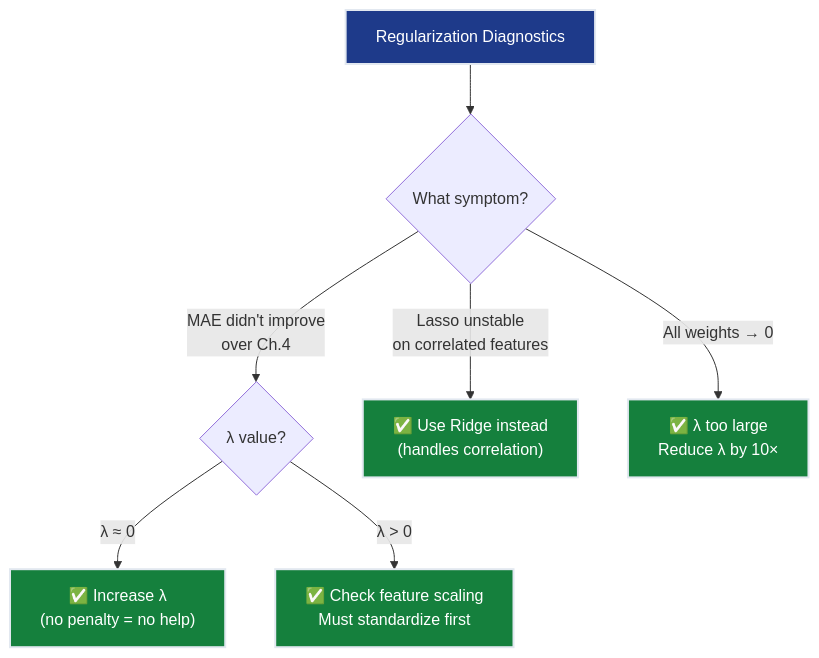
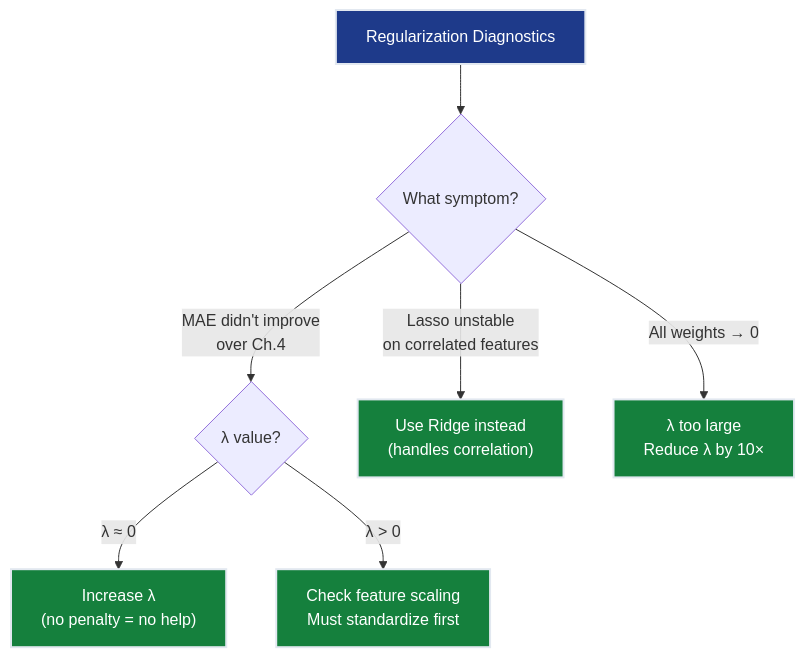
Before and after one commit to dsgouda7/ai-portfolio: the third of 4 diagrams in notes/01-ml/01-regression/ch05_regularization/README.md, drawn with Mermaid. The commit also changed other lines of this file and 179 other files, not shown here.

````diff
--- a/notes/01-ml/01-regression/ch05_regularization/README.md
+++ b/notes/01-ml/01-regression/ch05_regularization/README.md
@@ -420,17 +419,17 @@
 ```mermaid
 flowchart TD
-    DIAG["Regularization Diagnostics"] --> Q{"What symptom?"}
-    
-    Q -->|"MAE didn't improve<br/>over Ch.4"| Q1{"λ value?"}
-    Q -->|"Lasso unstable<br/>on correlated features"| FIX2["✅ Use Ridge instead<br/>(handles correlation)"]
-    Q -->|"All weights → 0"| FIX3["✅ λ too large<br/>Reduce λ by 10×"]
-    
-    Q1 -->|"λ ≈ 0"| FIX4["✅ Increase λ<br/>(no penalty = no help)"]
-    Q1 -->|"λ > 0"| FIX5["✅ Check feature scaling<br/>Must standardize first"]
-    
-    style DIAG fill:#1e3a8a,stroke:#e2e8f0,stroke-width:2px,color:#ffffff
-    style FIX2 fill:#15803d,stroke:#e2e8f0,stroke-width:2px,color:#ffffff
-    style FIX3 fill:#15803d,stroke:#e2e8f0,stroke-width:2px,color:#ffffff
-    style FIX4 fill:#15803d,stroke:#e2e8f0,stroke-width:2px,color:#ffffff
-    style FIX5 fill:#15803d,stroke:#e2e8f0,stroke-width:2px,color:#ffffff
+ DIAG["Regularization Diagnostics"] --> Q{"What symptom?"}
+
+ Q -->|"MAE didn't improve<br/>over Ch.4"| Q1{"λ value?"}
+ Q -->|"Lasso unstable<br/>on correlated features"| FIX2[" Use Ridge instead<br/>(handles correlation)"]
+ Q -->|"All weights → 0"| FIX3[" λ too large<br/>Reduce λ by 10×"]
+
+ Q1 -->|"λ ≈ 0"| FIX4[" Increase λ<br/>(no penalty = no help)"]
+ Q1 -->|"λ > 0"| FIX5[" Check feature scaling<br/>Must standardize first"]
+
+ style DIAG fill:#1e3a8a,stroke:#e2e8f0,stroke-width:2px,color:#ffffff
+ style FIX2 fill:#15803d,stroke:#e2e8f0,stroke-width:2px,color:#ffffff
+ style FIX3 fill:#15803d,stroke:#e2e8f0,stroke-width:2px,color:#ffffff
+ style FIX4 fill:#15803d,stroke:#e2e8f0,stroke-width:2px,color:#ffffff
+ style FIX5 fill:#15803d,stroke:#e2e8f0,stroke-width:2px,color:#ffffff
 ```
````
